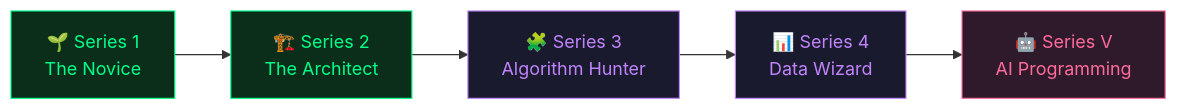
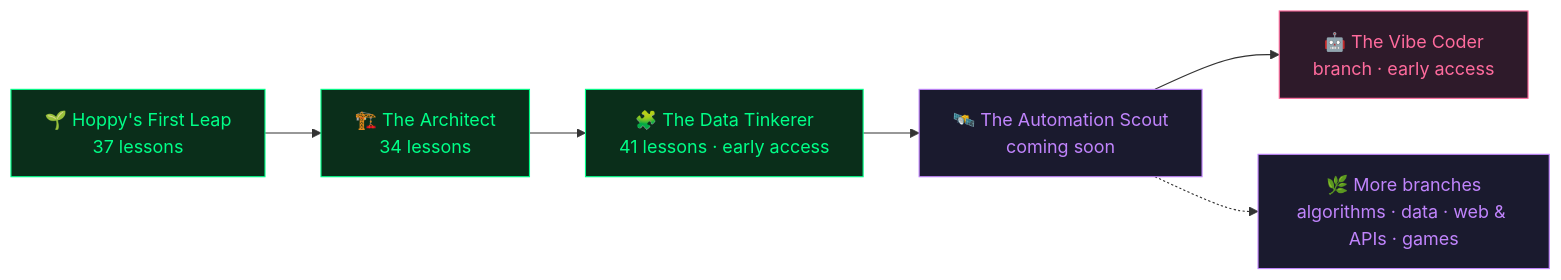
Before and after one commit to gdgd8760/hoppypy-repo: the diagram in README.md, drawn with Mermaid. The commit also changed other lines of this file and 2 other files, not shown here.

````diff
--- a/README.md
+++ b/README.md
@@ -50,13 +51,15 @@
 ```mermaid
 graph LR
-    A["🌱 Series 1\nThe Novice"] --> B["🏗️ Series 2\nThe Architect"]
-    B --> C["🧩 Series 3\nAlgorithm Hunter"]
-    C --> D["📊 Series 4\nData Wizard"]
-    D --> E["🤖 Series V\nAI Programming"]
+    S1["🌱 Hoppy's First Leap<br/>37 lessons"] --> S2["🏗️ The Architect<br/>34 lessons"]
+    S2 --> S3["🧩 The Data Tinkerer<br/>41 lessons · early access"]
+    S3 --> S4["🛰️ The Automation Scout<br/>coming soon"]
+    S4 --> B4["🤖 The Vibe Coder<br/>branch · early access"]
+    S4 -.-> BR["🌿 More branches<br/>algorithms · data · web & APIs · games"]
 
-    style A fill:#0a2e1a,stroke:#00ff88,color:#00ff88
-    style B fill:#0a2e1a,stroke:#00ff88,color:#00ff88
-    style C fill:#1a1a2e,stroke:#c084fc,color:#c084fc
-    style D fill:#1a1a2e,stroke:#c084fc,color:#c084fc
-    style E fill:#2e1a2a,stroke:#ff6b9d,color:#ff6b9d
+    style S1 fill:#0a2e1a,stroke:#00ff88,color:#00ff88
+    style S2 fill:#0a2e1a,stroke:#00ff88,color:#00ff88
+    style S3 fill:#0a2e1a,stroke:#00ff88,color:#00ff88
+    style S4 fill:#1a1a2e,stroke:#c084fc,color:#c084fc
+    style B4 fill:#2e1a2a,stroke:#ff6b9d,color:#ff6b9d
+    style BR fill:#1a1a2e,stroke:#c084fc,color:#c084fc
 ```
````
